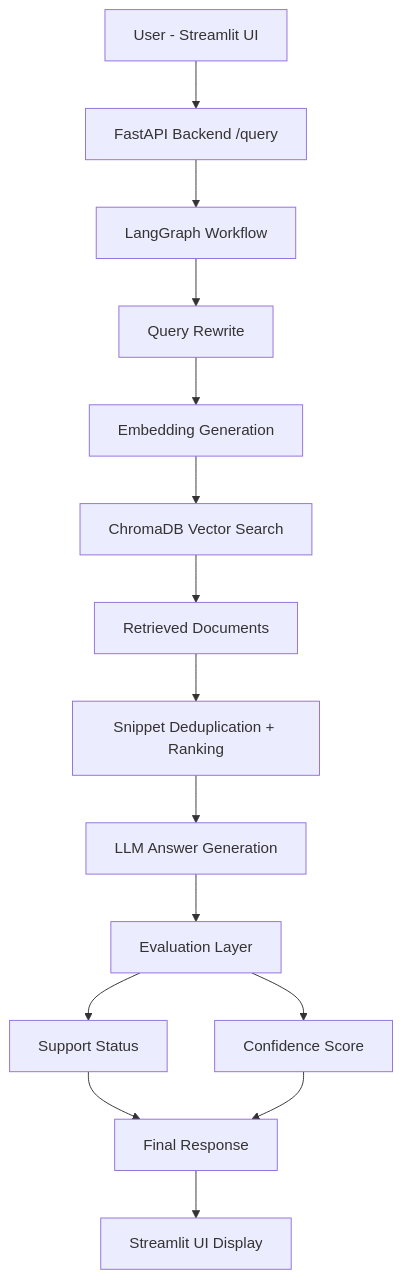
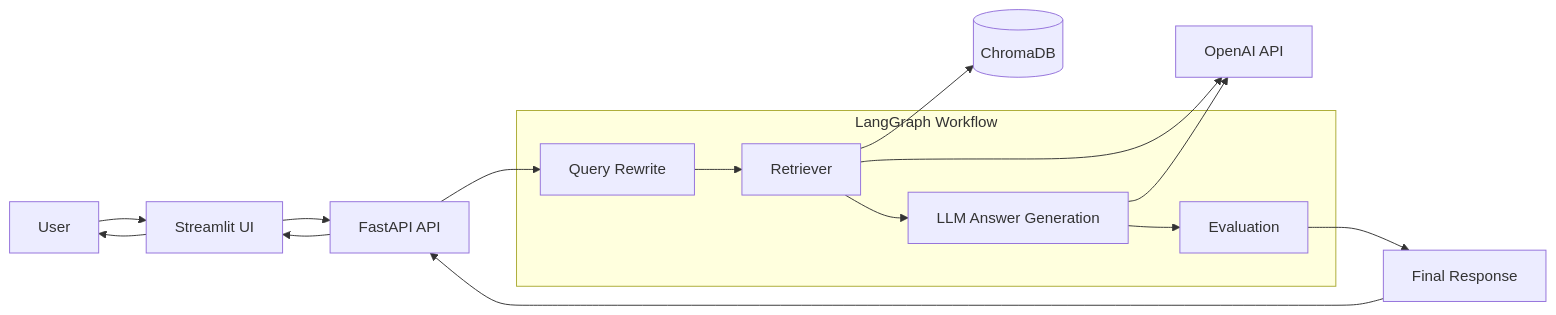
One commit to sanjaydp/healthcare-rag-assistant changed the diagram in README.md. Above: the diagram before and after it, drawn with Mermaid. The commit also changed other lines of this file, not shown here.

````diff
--- a/README.md
+++ b/README.md
@@ -10,24 +10,31 @@
 ```mermaid
-flowchart TD
-    A[User - Streamlit UI] --> B[FastAPI Backend /query]
-    B --> C[LangGraph Workflow]
+flowchart LR
+    U[User]
+    S[Streamlit UI]
+    A[FastAPI API]
 
-    C --> D[Query Rewrite]
-    D --> E[Embedding Generation]
+    subgraph G[LangGraph Workflow]
+        Q[Query Rewrite]
+        R[Retriever]
+        L[LLM Answer Generation]
+        E[Evaluation]
+    end
 
-    E --> F[ChromaDB Vector Search]
-    F --> G[Retrieved Documents]
+    V[(ChromaDB)]
+    O[OpenAI API]
+    X[Final Response]
 
-    G --> H[Snippet Deduplication + Ranking]
-
-    H --> I[LLM Answer Generation]
-    I --> J[Evaluation Layer]
-
-    J --> K[Support Status]
-    J --> L[Confidence Score]
-
-    K --> M[Final Response]
-    L --> M
-
-    M --> N[Streamlit UI Display]
+    U --> S
+    S --> A
+    A --> Q
+    Q --> R
+    R --> V
+    R --> O
+    R --> L
+    L --> O
+    L --> E
+    E --> X
+    X --> A
+    A --> S
+    S --> U
 ```
````
